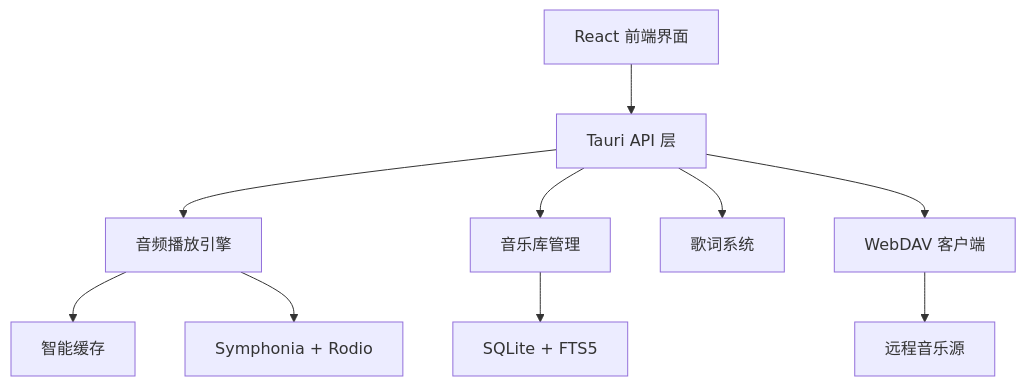
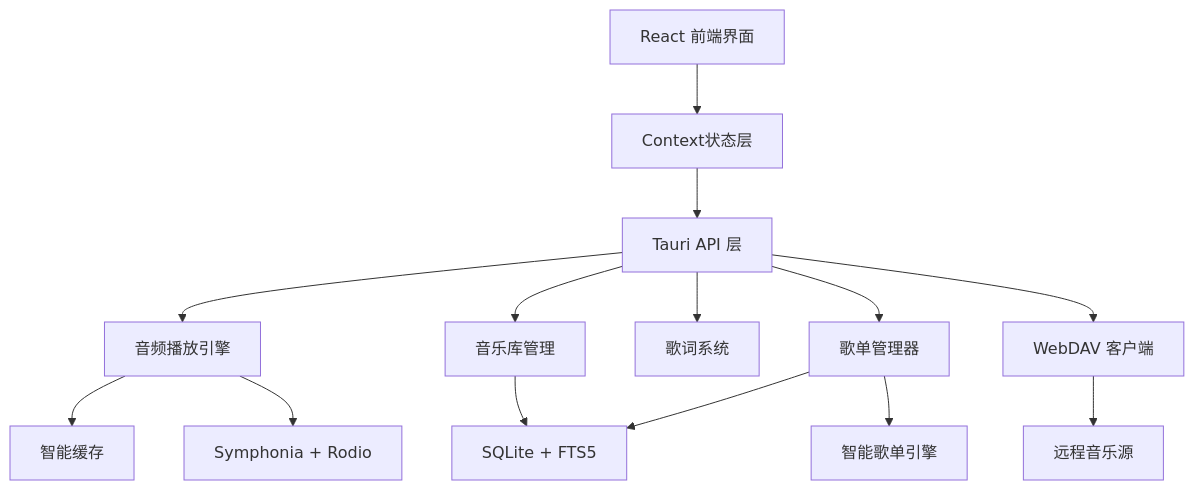
Before and after one commit to 16Mu/wind-chime-player: the diagram in README.md, drawn with Mermaid. The commit also changed other lines of this file and 218 other files, not shown here.

````diff
--- a/README.md
+++ b/README.md
@@ -123,13 +153,17 @@
 ```mermaid
 graph TB
-    UI[React 前端界面] --> API[Tauri API 层]
+    UI[React 前端界面] --> Context[Context状态层]
+    Context --> API[Tauri API 层]
     API --> Player[音频播放引擎]
     API --> Library[音乐库管理]
     API --> Lyrics[歌词系统]
+    API --> Playlist[歌单管理器]
     API --> WebDAV[WebDAV 客户端]
     
     Player --> Cache[智能缓存]
     Player --> Audio[Symphonia + Rodio]
     Library --> DB[SQLite + FTS5]
+    Playlist --> SmartEngine[智能歌单引擎]
+    Playlist --> DB
     WebDAV --> Remote[远程音乐源]
 ```
````
